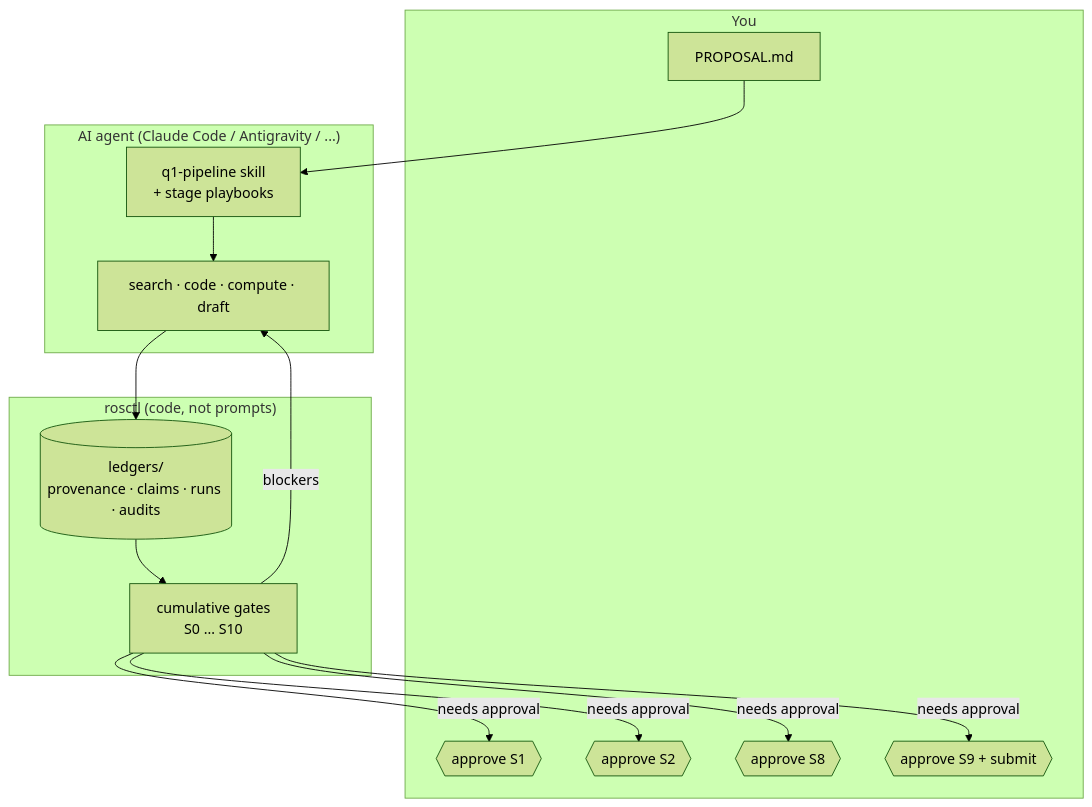
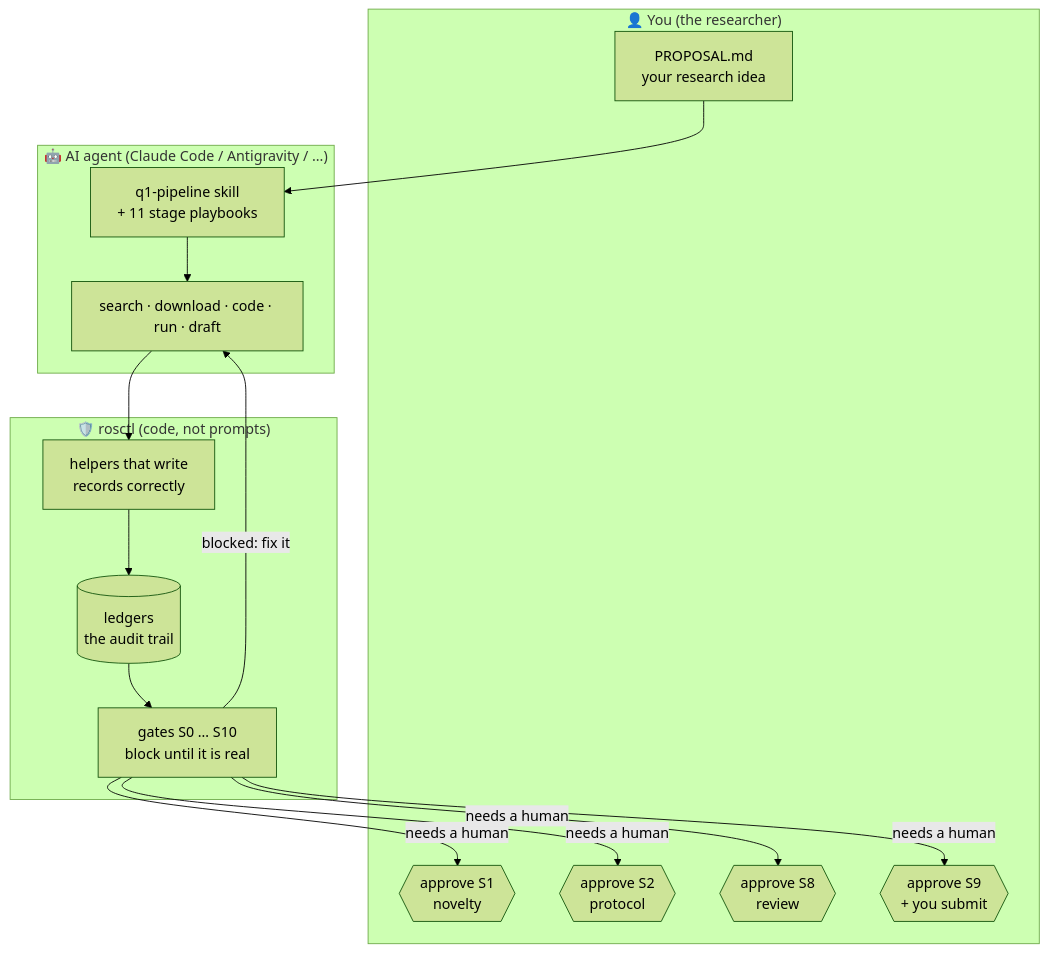
Before and after one commit to Siam-449840/q1-research-os: the first of 2 diagrams in README.md, drawn with Mermaid (forest theme). The commit also changed other lines of this file and 8 other files, not shown here.

````diff
--- a/README.md
+++ b/README.md
@@ -105,21 +57,22 @@
 ```mermaid
 flowchart TB
-  subgraph You
-    P[PROPOSAL.md]
-    A1{{approve S1}}
-    A2{{approve S2}}
-    A8{{approve S8}}
-    A9{{approve S9 + submit}}
+  subgraph You["👤 You (the researcher)"]
+    P[PROPOSAL.md<br/>your research idea]
+    A1{{approve S1<br/>novelty}}
+    A2{{approve S2<br/>protocol}}
+    A8{{approve S8<br/>review}}
+    A9{{approve S9<br/>+ you submit}}
   end
-  subgraph Agent["AI agent (Claude Code / Antigravity / ...)"]
-    K[q1-pipeline skill<br/>+ stage playbooks]
-    W[search · code · compute · draft]
+  subgraph Agent["🤖 AI agent (Claude Code / Antigravity / ...)"]
+    K[q1-pipeline skill<br/>+ 11 stage playbooks]
+    W[search · download · code · run · draft]
   end
-  subgraph Gatekeeper["rosctl (code, not prompts)"]
-    G[cumulative gates<br/>S0 … S10]
-    L[(ledgers/<br/>provenance · claims · runs · audits)]
+  subgraph Gatekeeper["🛡️ rosctl (code, not prompts)"]
+    H[helpers that write<br/>records correctly]
+    G[gates S0 … S10<br/>block until it is real]
+    L[(ledgers<br/>the audit trail)]
   end
-  P --> K --> W --> L --> G
-  G -- blockers --> W
-  G -- needs approval --> A1 & A2 & A8 & A9
+  P --> K --> W --> H --> L --> G
+  G -- "blocked: fix it" --> W
+  G -- "needs a human" --> A1 & A2 & A8 & A9
 ```
````
